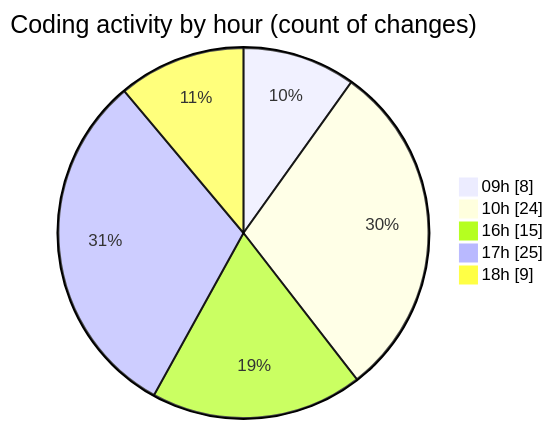
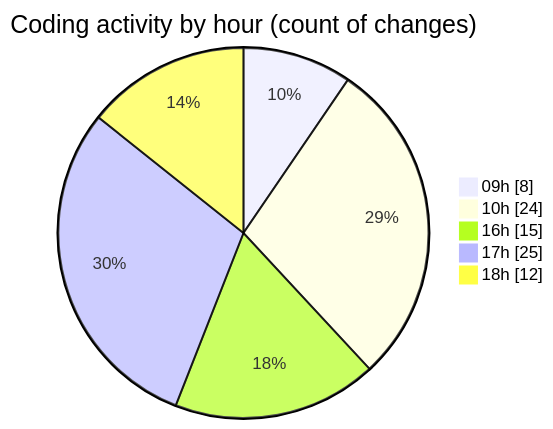
One commit to julien-gomy/code-tracking changed the second of 2 diagrams in 2025-10-09/eventscop-frontend-guide__workspace_/README.md. Above: the diagram before and after it, drawn with Mermaid. The commit also changed other lines of this file and 1 other file, not shown here.

````diff
--- a/2025-10-09/eventscop-frontend-guide__workspace_/README.md
+++ b/2025-10-09/eventscop-frontend-guide__workspace_/README.md
@@ -55,9 +58,9 @@
 ```mermaid
 pie showData
 title Coding activity by hour (count of changes)
 "09h" : 8
 "10h" : 24
 "16h" : 15
 "17h" : 25
-"18h" : 9
+"18h" : 12
 ```
````
